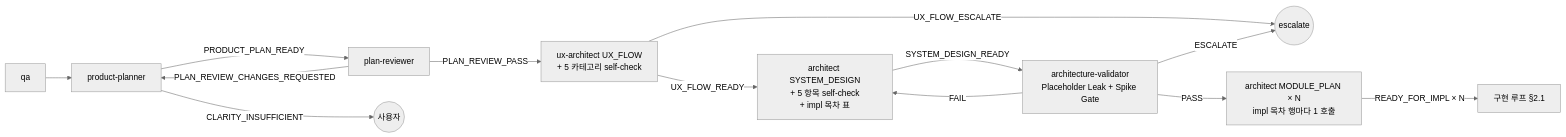
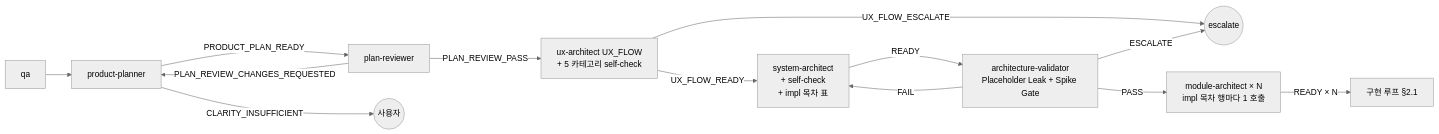
One commit to alruminum/dcNess changed the third of 8 diagrams in docs/plugin/orchestration.md. Above: the diagram before and after it, drawn with Mermaid (neutral theme). The commit also changed other lines of this file and 26 other files, not shown here.

First line of the commit message:
[docs] architect 6 mode → system-architect / module-architect 2 agent 평탄화

````diff
--- a/docs/plugin/orchestration.md
+++ b/docs/plugin/orchestration.md
@@ -124,15 +124,15 @@
 ```mermaid
 flowchart LR
     qa[qa] --> pp[product-planner]
     pp -->|PRODUCT_PLAN_READY| pr[plan-reviewer]
     pp -->|CLARITY_INSUFFICIENT| user((사용자))
     pr -->|PLAN_REVIEW_PASS| ux[ux-architect UX_FLOW<br/>+ 5 카테고리 self-check]
     pr -->|PLAN_REVIEW_CHANGES_REQUESTED| pp
-    ux -->|UX_FLOW_READY| sd[architect SYSTEM_DESIGN<br/>+ 5 항목 self-check<br/>+ impl 목차 표]
+    ux -->|UX_FLOW_READY| sd[system-architect<br/>+ self-check<br/>+ impl 목차 표]
     ux -->|UX_FLOW_ESCALATE| esc((escalate))
-    sd -->|SYSTEM_DESIGN_READY| dv[architecture-validator<br/>Placeholder Leak + Spike Gate]
-    dv -->|PASS| mp[architect MODULE_PLAN × N<br/>impl 목차 행마다 1 호출]
+    sd -->|READY| dv[architecture-validator<br/>Placeholder Leak + Spike Gate]
+    dv -->|PASS| mp[module-architect × N<br/>impl 목차 행마다 1 호출]
     dv -->|FAIL| sd
     dv -->|ESCALATE| esc
-    mp -->|READY_FOR_IMPL × N| impl[구현 루프 §2.1]
+    mp -->|READY × N| impl[구현 루프 §2.1]
 ```
````
